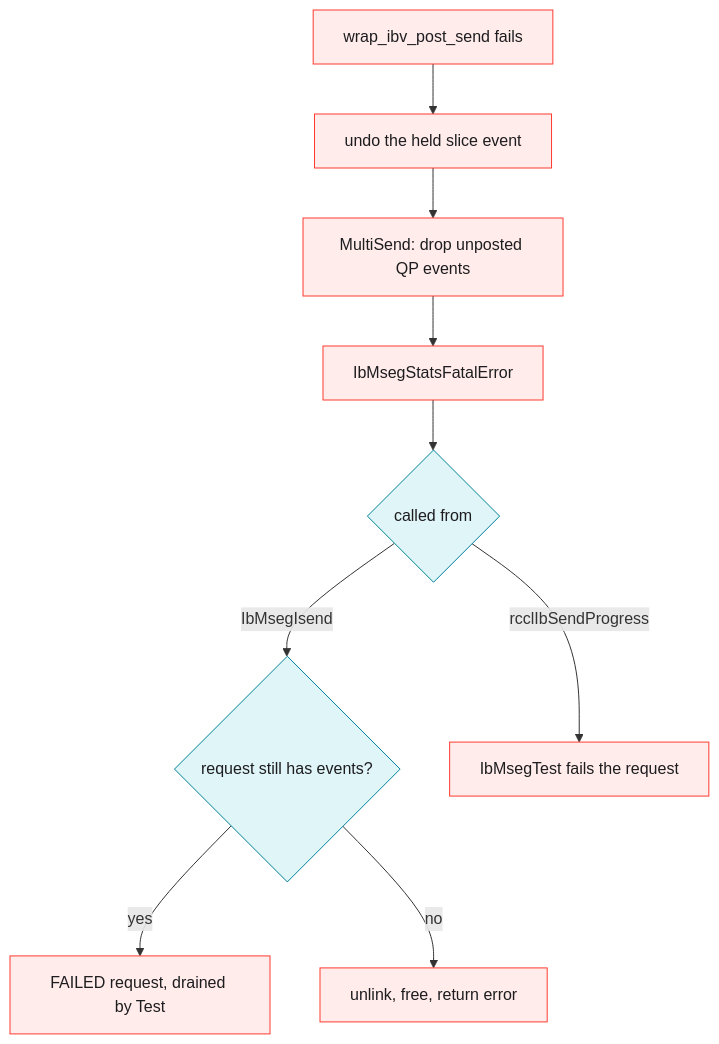
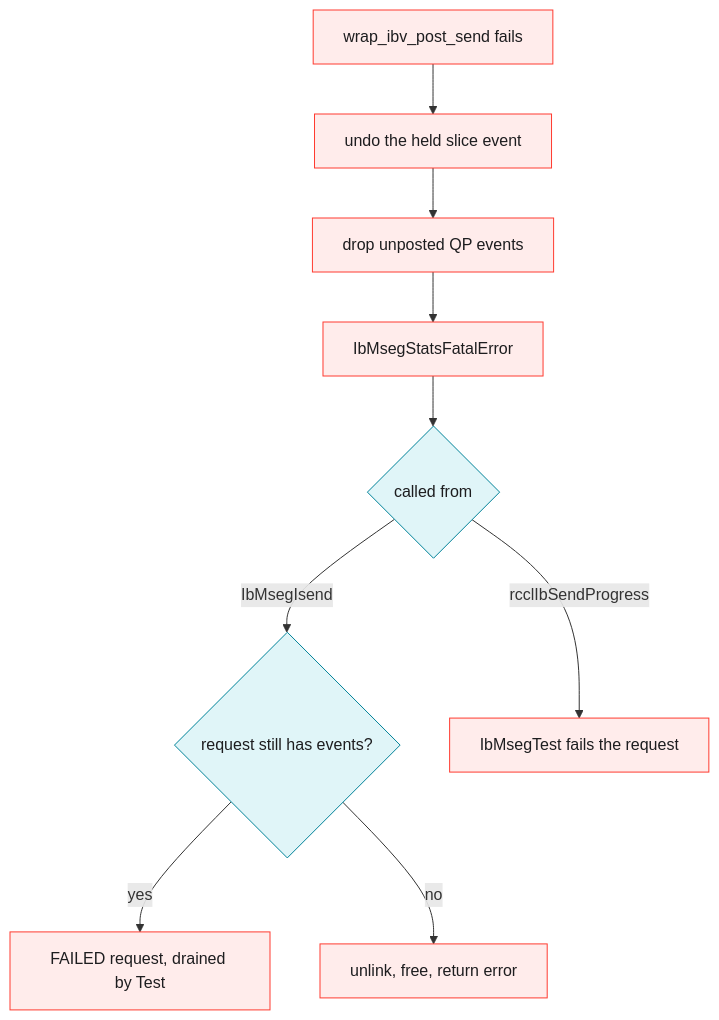
One commit to ROCm/rocm-systems changed diagram 15 of 15 in projects/rccl/docs/design/walkthrough/multi_segment_walkthrough_fork3_p2p.md. Above: the diagram before and after it, drawn with Mermaid. The commit also changed other lines of this file and 14 other files, not shown here.

````diff
--- a/projects/rccl/docs/design/walkthrough/multi_segment_walkthrough_fork3_p2p.md
+++ b/projects/rccl/docs/design/walkthrough/multi_segment_walkthrough_fork3_p2p.md
@@ -507,17 +508,17 @@
 ```mermaid
 %% caption: A failed slice post releases the events that will never complete and fails the request
 flowchart TD
  p["wrap_ibv_post_send fails"]
  p --> hold["undo the held slice event"]
- hold --> drop["MultiSend: drop unposted QP events"]
+ hold --> drop["drop unposted QP events"]
  drop --> fatal["IbMsegStatsFatalError"]
  fatal --> where{"called from"}
  where -->|IbMsegIsend| ev{"request still has events?"}
  ev -->|yes| failed["FAILED request, drained by Test"]
  ev -->|no| unlink["unlink, free, return error"]
  where -->|rcclIbSendProgress| test["IbMsegTest fails the request"]
  classDef failpath fill:#ffeceb,stroke:#ff3b30,color:#1d1d1f
  classDef netib fill:#e0f5f8,stroke:#008299,color:#1d1d1f
  class p,hold,drop,fatal,failed,unlink,test failpath
  class where,ev netib
 ```
````
